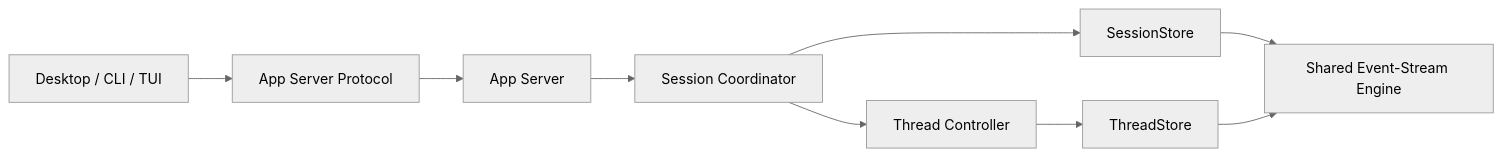
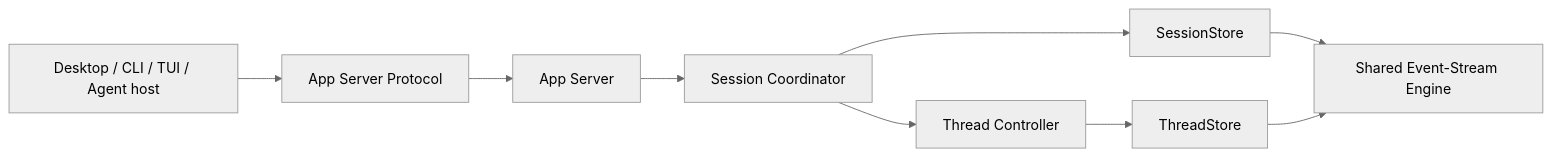
The diagram in docs/zeta-code-architecture-codex-style-v2.md (chogng/zeta), drawn with Mermaid (neutral theme) before and after one commit. The commit also changed other lines of this file and 782 other files, not shown here.

````diff
--- a/docs/zeta-code-architecture-codex-style-v2.md
+++ b/docs/zeta-code-architecture-codex-style-v2.md
@@ -28,11 +30,11 @@
 ```mermaid
 flowchart LR
-    Client["Desktop / CLI / TUI"] --> API["App Server Protocol"]
+    Client["Desktop / CLI / TUI / Agent host"] --> API["App Server Protocol"]
     API --> Server["App Server"]
     Server --> SR["Session Coordinator"]
     SR --> TR["Thread Controller"]
     SR --> SS["SessionStore"]
     TR --> TS["ThreadStore"]
     SS --> ES["Shared Event-Stream Engine"]
     TS --> ES
 ```
````
